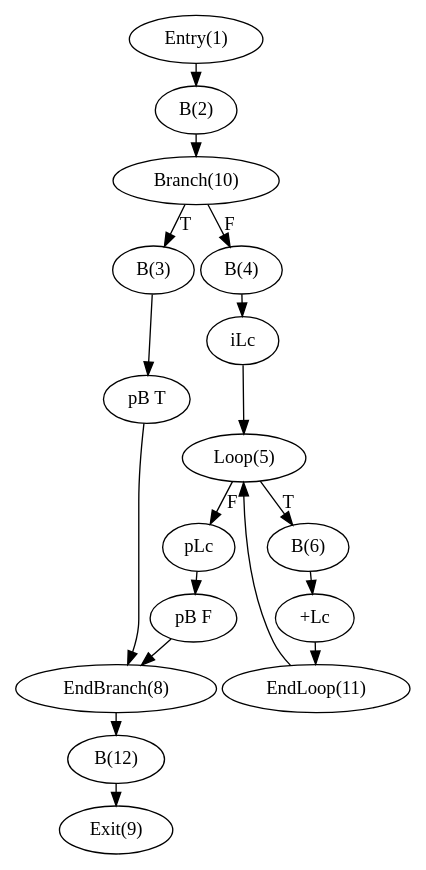
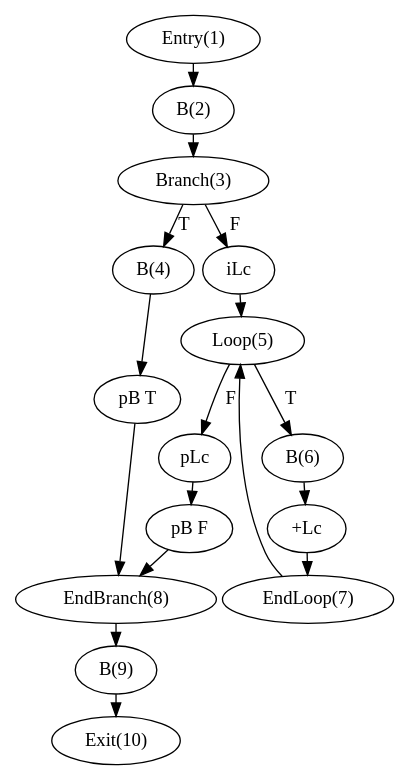
One commit to sriharikrishna/OpenADF_Manual changed the diagram in paper/cfg_tape.dot. Above: the diagram before and after it, drawn with Graphviz. The commit also changed 10 other files, not shown here.

```diff
--- a/paper/cfg_tape.dot
+++ b/paper/cfg_tape.dot
@@ -1,37 +1,35 @@
 digraph cfg_taping {
 nodesep=.05;
 ranksep=.05;
 HEX8362bf0[label="Entry(1)"];
 HEX8362c40[label="B(2)"];
-HEX8362c90[label="Branch(10)"];
-HEX8362ce0[label="B(3)"];
+HEX8362c90[label="Branch(3)"];
+HEX8362ce0[label="B(4)"];
 HEX8362d30[label="EndBranch(8)"];
-HEX8362d80[label="B(12)"];
-HEX8362dd0[label="Exit(9)"];
-HEX8362e20[label="B(4)"];
+HEX8362d80[label="B(9)"];
+HEX8362dd0[label="Exit(10)"];
 HEX8362e70[label="Loop(5)"];
 HEX8362ec0[label="B(6)"];
-HEX8362f10[label="EndLoop(11)"];
+HEX8362f10[label="EndLoop(7)"];
 HEX8363f18[label="iLc"];
 HEX8364be0[label="pLc"];
 HEX8364cf0[label="+Lc"];
 HEX8367ae0[label="pB T"];
 HEX8367d58[label="pB F"];
 HEX8362bf0->HEX8362c40 ;
 HEX8362c40->HEX8362c90 ;
 HEX8362e70->HEX8362ec0 [label="T"];
 HEX8362d30->HEX8362d80 ;
 HEX8362c90->HEX8362ce0 [label="T"];
-HEX8362c90->HEX8362e20 [label="F"];
+HEX8362c90->HEX8363f18 [label="  F"];
 HEX8362f10->HEX8362e70 ;
 HEX8362d80->HEX8362dd0 ;
-HEX8362e20->HEX8363f18 ;
 HEX8363f18->HEX8362e70 ;
 HEX8362e70->HEX8364be0 [label="F"];
 HEX8362ec0->HEX8364cf0 ;
 HEX8364cf0->HEX8362f10 ;
 HEX8362ce0->HEX8367ae0 ;
 HEX8367ae0->HEX8362d30 ;
 HEX8364be0->HEX8367d58 ;
 HEX8367d58->HEX8362d30 ;
 }
```
